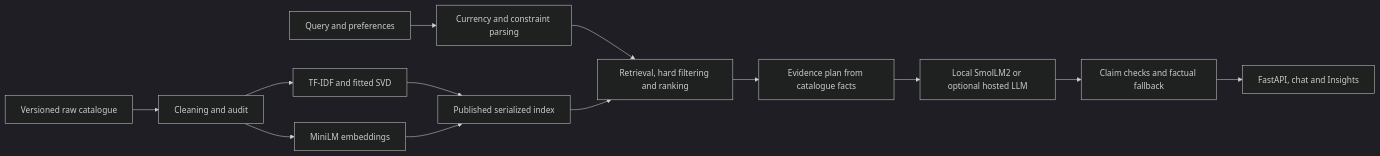
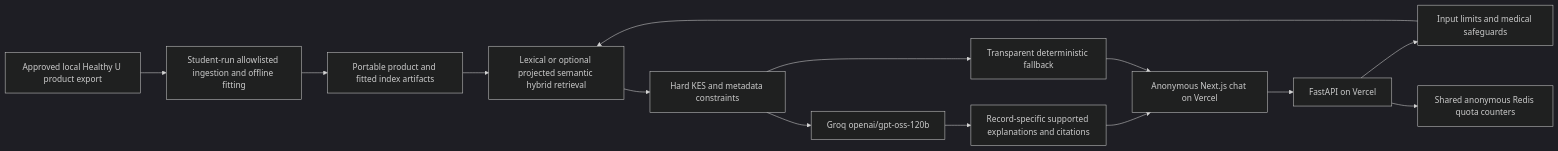
Before and after one commit to afrochic/RetailAssistant: the diagram in README.md, drawn with Mermaid (dark theme). The commit also changed other lines of this file and 84 other files, not shown here.

````diff
--- a/README.md
+++ b/README.md
@@ -7,15 +13,16 @@
 ```mermaid
 flowchart LR
- A[Versioned raw catalogue] --> B[Cleaning and audit]
- B --> C[TF-IDF and fitted SVD]
- B --> D[MiniLM embeddings]
- C --> I[Published serialized index]
- D --> I
- Q[Query and preferences] --> P[Currency and constraint parsing]
- P --> R[Retrieval, hard filtering and ranking]
- I --> R
- R --> F[Evidence plan from catalogue facts]
- F --> L[Local SmolLM2 or optional hosted LLM]
- L --> V[Claim checks and factual fallback]
- V --> API[FastAPI, chat and Insights]
+  HU[Approved local Healthy U product export] --> OFF[Student-run allowlisted ingestion and offline fitting]
+  OFF --> ART[Portable product and fitted index artifacts]
+  WEB[Anonymous Next.js chat on Vercel] --> API[FastAPI on Vercel]
+  API --> SAFE[Input limits and medical safeguards]
+  SAFE --> RET[Lexical or optional projected semantic hybrid retrieval]
+  ART --> RET
+  RET --> CONS[Hard KES and metadata constraints]
+  CONS --> GROQ[Groq openai/gpt-oss-120b]
+  GROQ --> VALID[Record-specific supported explanations and citations]
+  CONS --> FALL[Transparent deterministic fallback]
+  VALID --> WEB
+  FALL --> WEB
+  API --> LIMIT[Shared anonymous Redis quota counters]
 ```
````
